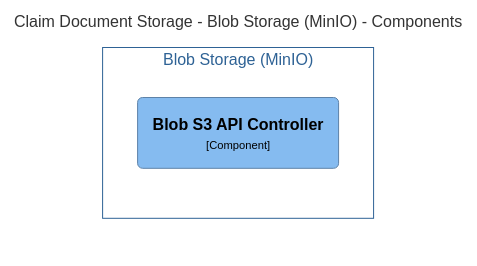
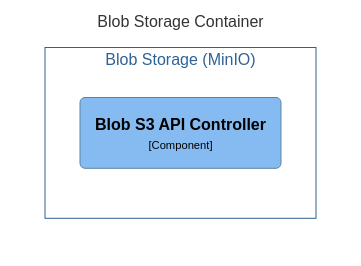
Before and after one commit to hubignite/testrepo: the fifth of 9 diagrams in workspace.md, drawn with Mermaid. The commit also changed other lines of this file and 6 other files, not shown here.

Commit message:
refreshed dsl, splitted user webapp and adminwebapp diagrams

````diff
--- a/workspace.md
+++ b/workspace.md
@@ -87,16 +120,16 @@
 ```mermaid
 graph LR
   linkStyle default fill:#ffffff stroke:0
 
-  subgraph diagram ["Claim Document Storage - Blob Storage (MinIO) - Components"]
+  subgraph diagram ["Blob Storage Container"]
     style diagram fill:#ffffff,stroke:#ffffff
 
-    subgraph 9 ["Blob Storage (MinIO)"]
-      style 9 fill:#ffffff,stroke:#2e6295,color:#2e6295
+    subgraph 12 ["Blob Storage (MinIO)"]
+      style 12 fill:#ffffff,stroke:#2e6295,color:#2e6295
 
-      10("<div style='font-weight: bold'>Blob S3 API Controller</div><div style='font-size: 70%; margin-top: 0px'>[Component]</div>")
-      style 10 fill:#85bbf0,stroke:#5d82a8,color:#000000
+      13("<div style='font-weight: bold'>Blob S3 API Controller</div><div style='font-size: 70%; margin-top: 0px'>[Component]</div>")
+      style 13 fill:#85bbf0,stroke:#5d82a8,color:#000000
     end
 
-  end  
+  end
 ```
````
